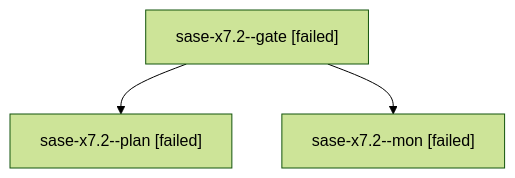
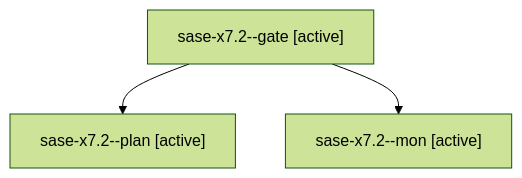
The diagram in families/bbugyi200.athena.sase-x7.2.md (sase-org/sase--agents), drawn with Mermaid (forest theme) before and after one commit. The commit also changed other lines of this file and 35830 other files, not shown here.

````diff
--- a/families/bbugyi200.athena.sase-x7.2.md
+++ b/families/bbugyi200.athena.sase-x7.2.md
@@ -9,8 +9,8 @@
 ```mermaid
 flowchart TD
-  n0["sase-x7.2--gate [failed]"]
-  n1["sase-x7.2--plan [failed]"]
+  n0["sase-x7.2--gate [active]"]
+  n1["sase-x7.2--plan [active]"]
   n0 --> n1
-  n2["sase-x7.2--mon [failed]"]
+  n2["sase-x7.2--mon [active]"]
   n0 --> n2
 ```
````
